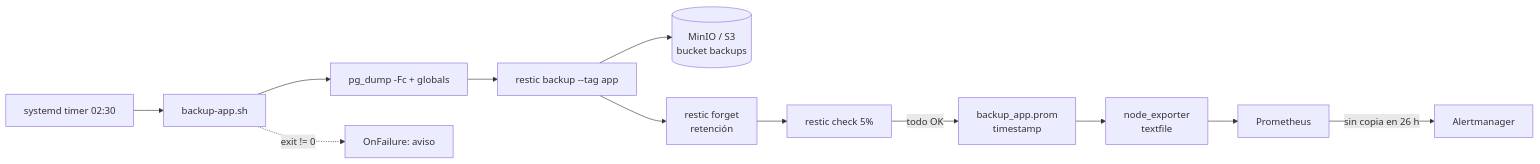
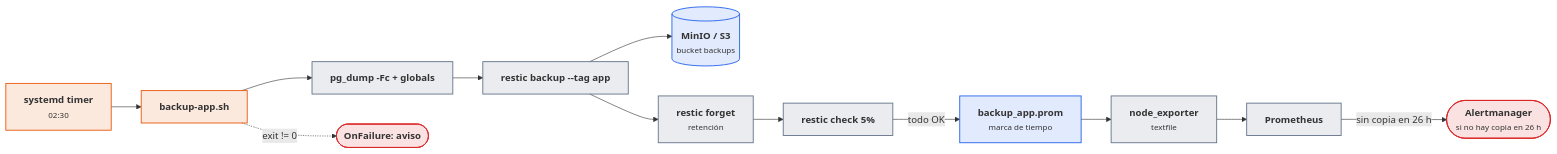
Before and after one commit to victor-educ/apuntes-5169: the second of 3 diagrams in docs/ut/ut6-copias-seguridad.md, drawn with Mermaid. The commit also changed other lines of this file and 13 other files, not shown here.

First line of the commit message:
Temporalización definitiva, gramática visual y diagramas en todas las unidades

````diff
--- a/docs/ut/ut6-copias-seguridad.md
+++ b/docs/ut/ut6-copias-seguridad.md
@@ -273,14 +296,25 @@
 ```mermaid
 flowchart LR
-    T[systemd timer 02:30] --> S[backup-app.sh]
-    S --> D[pg_dump -Fc + globals]
-    D --> R[restic backup --tag app]
-    R --> M[(MinIO / S3\nbucket backups)]
-    R --> F[restic forget\nretención]
-    F --> C[restic check 5%]
-    C -->|todo OK| P[backup_app.prom\ntimestamp]
-    P --> N[node_exporter\ntextfile]
-    N --> PR[Prometheus]
-    PR -->|sin copia en 26 h| A[Alertmanager]
-    S -.->|exit != 0| O[OnFailure: aviso]
+    T["<b>systemd timer</b><br><small>02:30</small>"]:::act
+    S["<b>backup-app.sh</b>"]:::act
+    D["<b>pg_dump -Fc + globals</b>"]:::pieza
+    R["<b>restic backup --tag app</b>"]:::pieza
+    M[("<b>MinIO / S3</b><br><small>bucket backups</small>")]:::dato
+    F["<b>restic forget</b><br><small>retención</small>"]:::pieza
+    C["<b>restic check 5%</b>"]:::pieza
+    P["<b>backup_app.prom</b><br><small>marca de tiempo</small>"]:::dato
+    N["<b>node_exporter</b><br><small>textfile</small>"]:::pieza
+    PR["<b>Prometheus</b>"]:::pieza
+    A(["<b>Alertmanager</b><br><small>si no hay copia en 26 h</small>"]):::riesgo
+    O(["<b>OnFailure: aviso</b>"]):::riesgo
+    T --> S --> D --> R --> M
+    R --> F --> C
+    C -->|todo OK| P --> N --> PR -->|sin copia en 26 h| A
+    S -.->|exit != 0| O
+    classDef act fill:#ea580c22,stroke:#ea580c,stroke-width:1.5px
+    classDef pieza fill:#64748b22,stroke:#64748b,stroke-width:1.5px
+    classDef dato fill:#2563eb22,stroke:#2563eb,stroke-width:1.5px
+    classDef infra fill:#a1a1aa14,stroke:#a1a1aa,stroke-width:1.5px
+    classDef ok fill:#16a34a22,stroke:#16a34a,stroke-width:1.5px
+    classDef riesgo fill:#dc262622,stroke:#dc2626,stroke-width:1.5px
 ```
````
